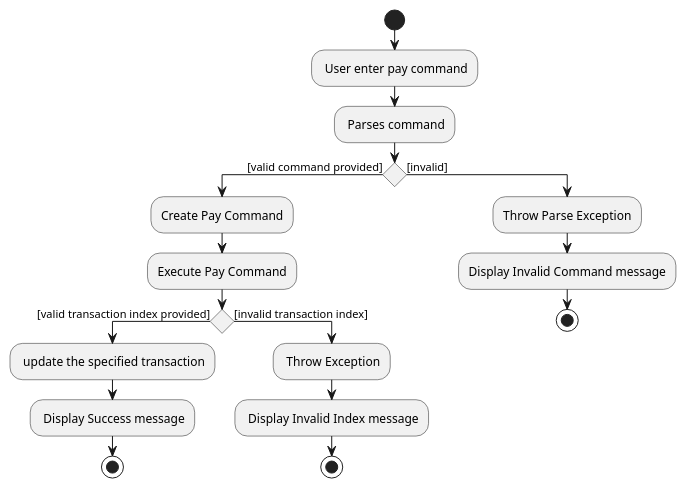
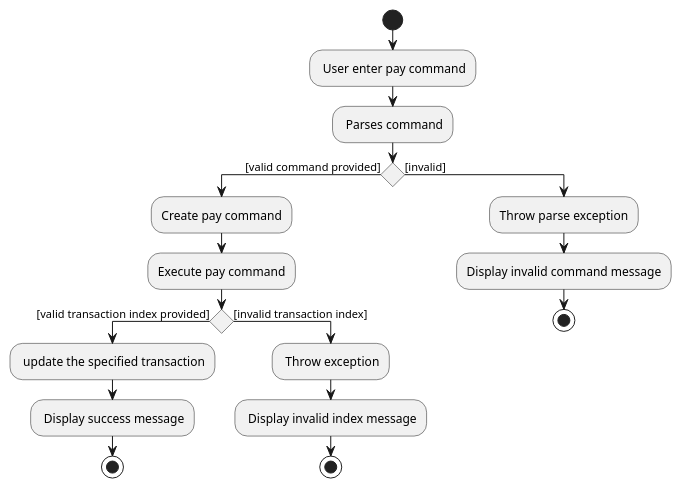
The diagram in docs/diagrams/PayDiagram.puml (nus-cs2103-AY2122S2/tp), drawn with PlantUML before and after one commit. The commit also changed 1 other file, not shown here.

Commit message:
update diagram

```diff
--- a/docs/diagrams/PayDiagram.puml
+++ b/docs/diagrams/PayDiagram.puml
@@ -1,25 +1,25 @@
 @startuml
 start
 : User enter pay command;
 
 : Parses command;
 
 if () then ([valid command provided])
-  :Create Pay Command;
-  :Execute Pay Command;
+  :Create pay command;
+  :Execute pay command;
   if () then ([valid transaction index provided])
   : update the specified transaction;
-  : Display Success message;
+  : Display success message;
   stop
   else ([invalid transaction index])
-   : Throw Exception;
-   : Display Invalid Index message;
+   : Throw exception;
+   : Display invalid index message;
    stop
   endif
 else ([invalid])
-  :Throw Parse Exception;
-  :Display Invalid Command message;
+  :Throw parse exception;
+  :Display invalid command message;
   stop
 
 endif
 @enduml
```
